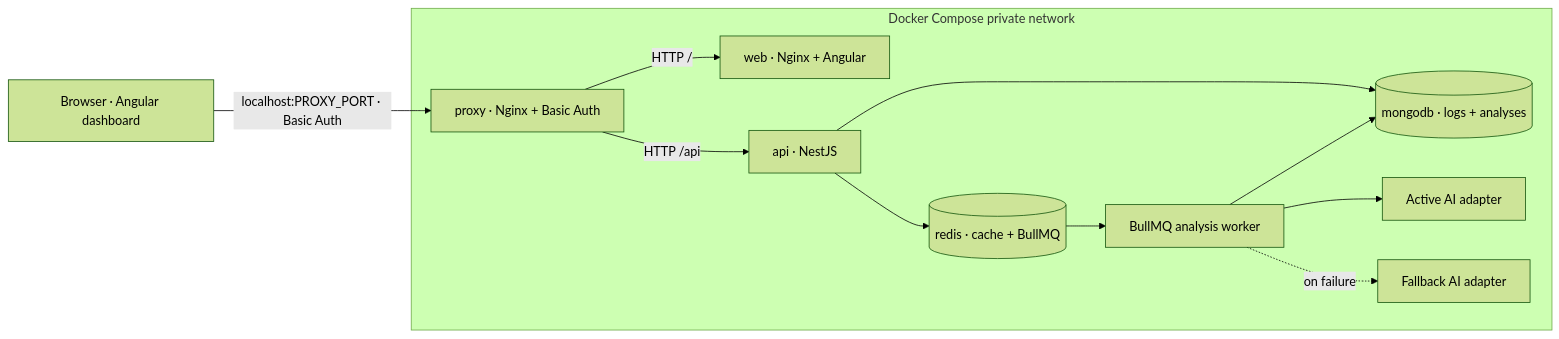
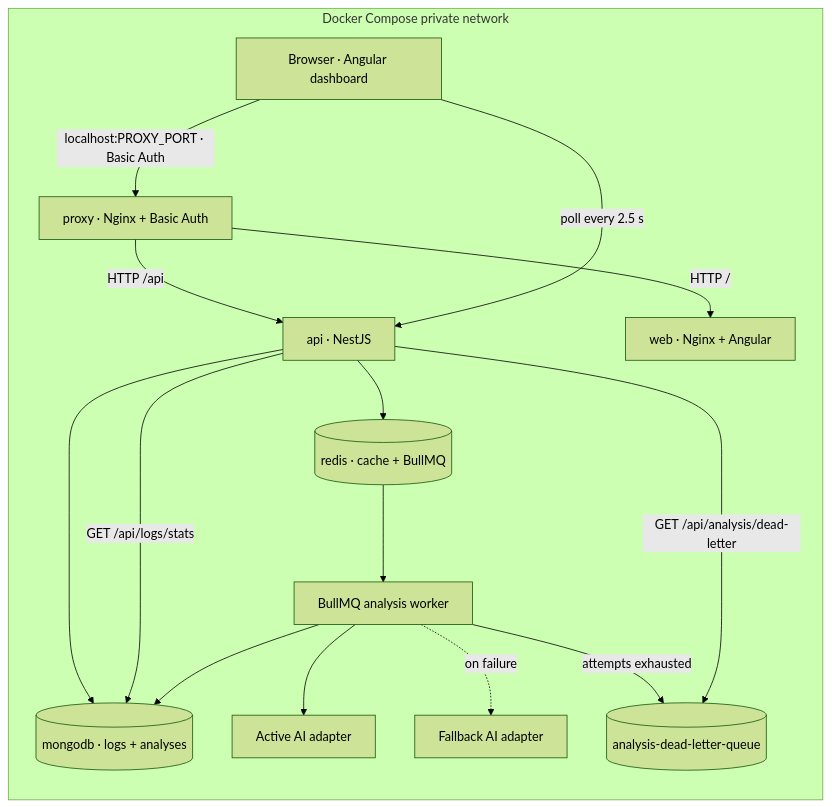
Before and after one commit to pachidj87/smartlog-analyzer: the diagram in ARCHITECTURE.md, drawn with Mermaid (forest theme). The commit also changed other lines of this file, not shown here.

Commit message:
docs: record architecture decisions and discarded alternatives

````diff
--- a/ARCHITECTURE.md
+++ b/ARCHITECTURE.md
@@ -46,23 +49,28 @@
 ```mermaid
 flowchart LR
     Browser["Browser · Angular dashboard"]
     subgraph Compose["Docker Compose private network"]
         Proxy["proxy · Nginx + Basic Auth"]
         Web["web · Nginx + Angular"]
         API["api · NestJS"]
         Mongo[("mongodb · logs + analyses")]
         Redis[("redis · cache + BullMQ")]
         Worker["BullMQ analysis worker"]
         Active["Active AI adapter"]
         Fallback["Fallback AI adapter"]
+        DLQ[("analysis-dead-letter-queue")]
         Proxy -->|"HTTP /api"| API
         Proxy -->|"HTTP /"| Web
         API --> Mongo
         API --> Redis
+        API -->|"GET /api/logs/stats"| Mongo
+        Browser -->|"poll every 2.5 s"| API
         Redis --> Worker
         Worker --> Active
         Worker -. "on failure" .-> Fallback
         Worker --> Mongo
+        Worker -->|"attempts exhausted"| DLQ
+        API -->|"GET /api/analysis/dead-letter"| DLQ
     end
     Browser -->|"localhost:PROXY_PORT · Basic Auth"| Proxy
 ```
````
